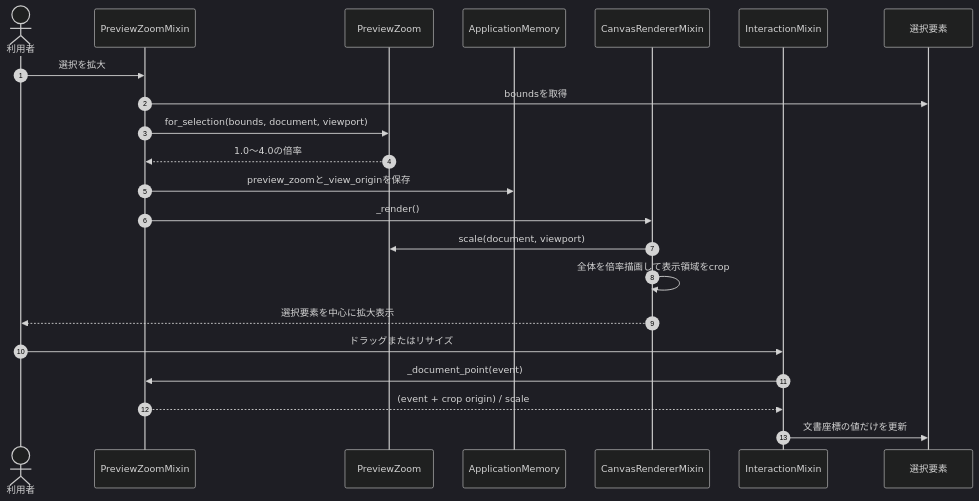
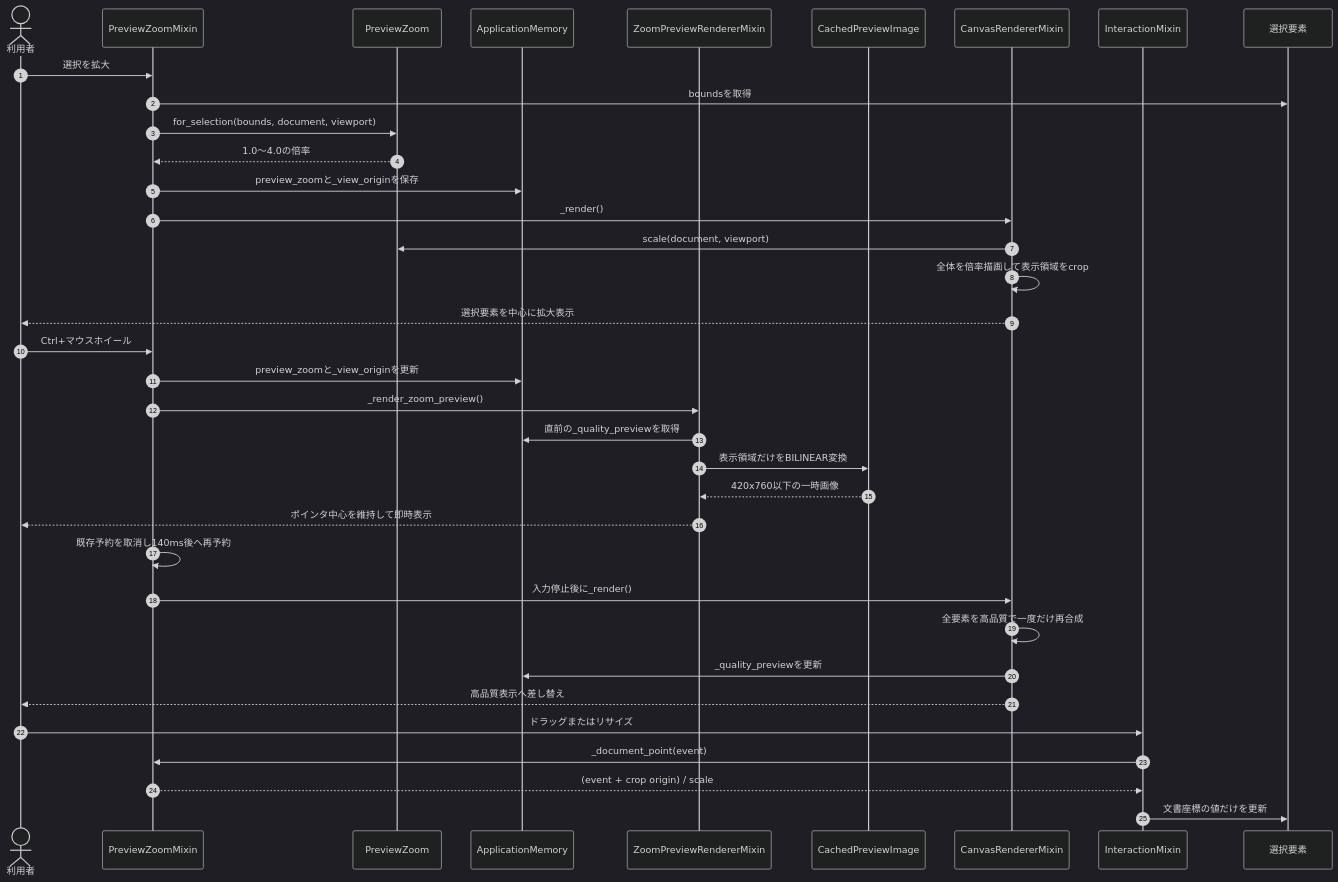
Diagram 16 of 16 in doc/KLWPエディタ_設計仕様.md (k014c1287/klwp_pc_editor), drawn with Mermaid (dark theme) before and after one commit. The commit also changed other lines of this file and 10 other files, not shown here.

````diff
--- a/doc/KLWPエディタ_設計仕様.md
+++ b/doc/KLWPエディタ_設計仕様.md
@@ -1044,25 +1057,39 @@
 ```mermaid
 sequenceDiagram
     autonumber
     actor User as 利用者
     participant Zoom as PreviewZoomMixin
     participant Value as PreviewZoom
     participant Memory as ApplicationMemory
+    participant Fast as ZoomPreviewRendererMixin
+    participant Cache as CachedPreviewImage
     participant Canvas as CanvasRendererMixin
     participant Interaction as InteractionMixin
     participant Item as 選択要素
 
     User->>Zoom: 選択を拡大
     Zoom->>Item: boundsを取得
     Zoom->>Value: for_selection(bounds, document, viewport)
     Value-->>Zoom: 1.0～4.0の倍率
     Zoom->>Memory: preview_zoomと_view_originを保存
     Zoom->>Canvas: _render()
     Canvas->>Value: scale(document, viewport)
     Canvas->>Canvas: 全体を倍率描画して表示領域をcrop
     Canvas-->>User: 選択要素を中心に拡大表示
+    User->>Zoom: Ctrl+マウスホイール
+    Zoom->>Memory: preview_zoomと_view_originを更新
+    Zoom->>Fast: _render_zoom_preview()
+    Fast->>Memory: 直前の_quality_previewを取得
+    Fast->>Cache: 表示領域だけをBILINEAR変換
+    Cache-->>Fast: 420x760以下の一時画像
+    Fast-->>User: ポインタ中心を維持して即時表示
+    Zoom->>Zoom: 既存予約を取消し140ms後へ再予約
+    Zoom->>Canvas: 入力停止後に_render()
+    Canvas->>Canvas: 全要素を高品質で一度だけ再合成
+    Canvas->>Memory: _quality_previewを更新
+    Canvas-->>User: 高品質表示へ差し替え
     User->>Interaction: ドラッグまたはリサイズ
     Interaction->>Zoom: _document_point(event)
     Zoom-->>Interaction: (event + crop origin) / scale
     Interaction->>Item: 文書座標の値だけを更新
 ```
````
